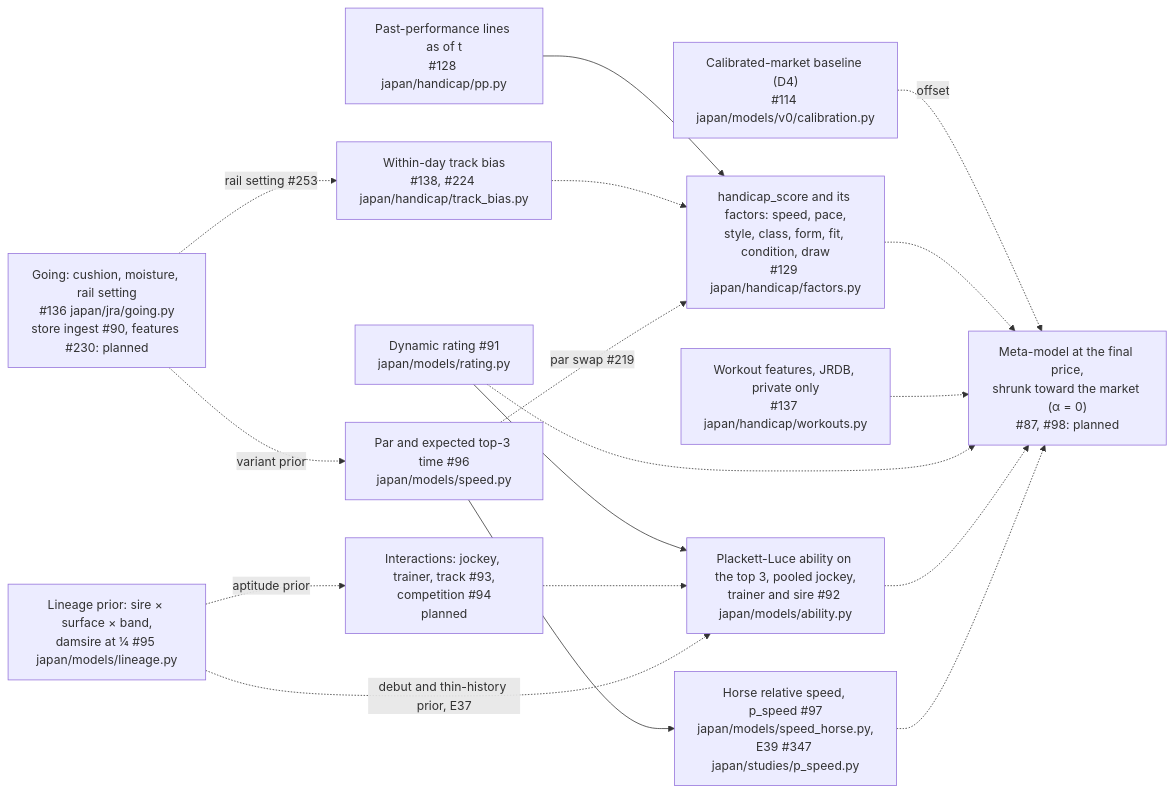
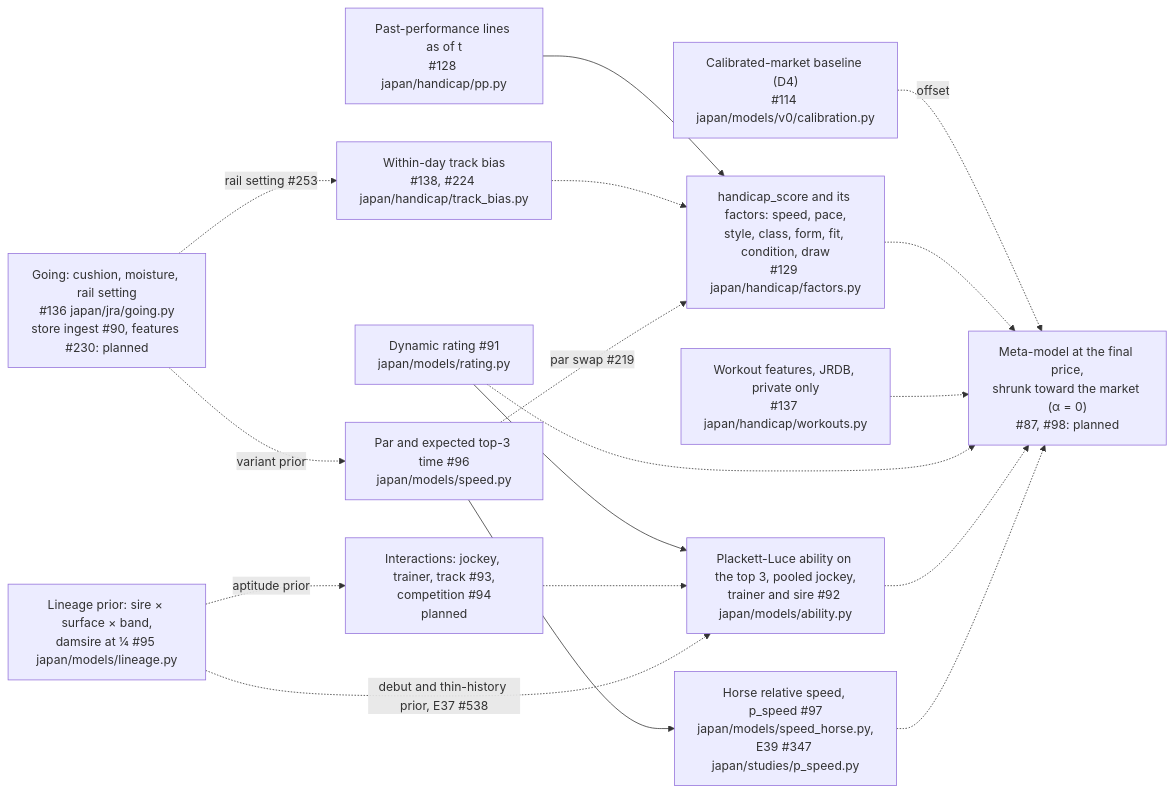
One commit to rjeskuri/HorseTrackBetting changed the third of 6 diagrams in docs/modeling.md. Above: the diagram before and after it, drawn with Mermaid. The commit also changed other lines of this file and 15 other files, not shown here.

````diff
--- a/docs/modeling.md
+++ b/docs/modeling.md
@@ -142,32 +142,32 @@
 ```mermaid
 flowchart LR
     PP["Past-performance lines as of t<br/>#128 japan/handicap/pp.py"]
     HCP["handicap_score and its factors: speed, pace,<br/>style, class, form, fit, condition, draw<br/>#129 japan/handicap/factors.py"]
     WRK["Workout features, JRDB, private only<br/>#137 japan/handicap/workouts.py"]
     GOING["Going: cushion, moisture, rail setting<br/>#136 japan/jra/going.py<br/>store ingest #90, features #230: planned"]
     BIAS["Within-day track bias<br/>#138, #224 japan/handicap/track_bias.py"]
     RAT["Dynamic rating #91<br/>japan/models/rating.py"]
     INT["Interactions: jockey, trainer, track #93,<br/>competition #94<br/>planned"]
     LIN["Lineage prior: sire × surface × band,<br/>damsire at ¼ #95 japan/models/lineage.py"]
     PL["Plackett-Luce ability on the top 3, pooled jockey,<br/>trainer and sire #92 japan/models/ability.py"]
     PAR["Par and expected top-3 time #96<br/>japan/models/speed.py"]
     PSPD["Horse relative speed, p_speed #97<br/>japan/models/speed_horse.py,<br/>E39 #347 japan/studies/p_speed.py"]
     MKT["Calibrated-market baseline (D4)<br/>#114 japan/models/v0/calibration.py"]
     META["Meta-model at the final price,<br/>shrunk toward the market (α = 0)<br/>#87, #98: planned"]
     PP --> HCP
     BIAS -.-> HCP
     PAR -.->|"par swap #219"| HCP
     GOING -.->|"rail setting #253"| BIAS
     GOING -.->|"variant prior"| PAR
     PAR --> PSPD
     RAT --> PL
     INT -.-> PL
-    LIN -.->|"debut and thin-history prior, E37"| PL
+    LIN -.->|"debut and thin-history prior, E37 #538"| PL
     LIN -.->|"aptitude prior"| INT
     MKT -.->|"offset"| META
     HCP -.-> META
     WRK -.-> META
     RAT -.-> META
     PL -.-> META
     PSPD -.-> META
 ```
````
